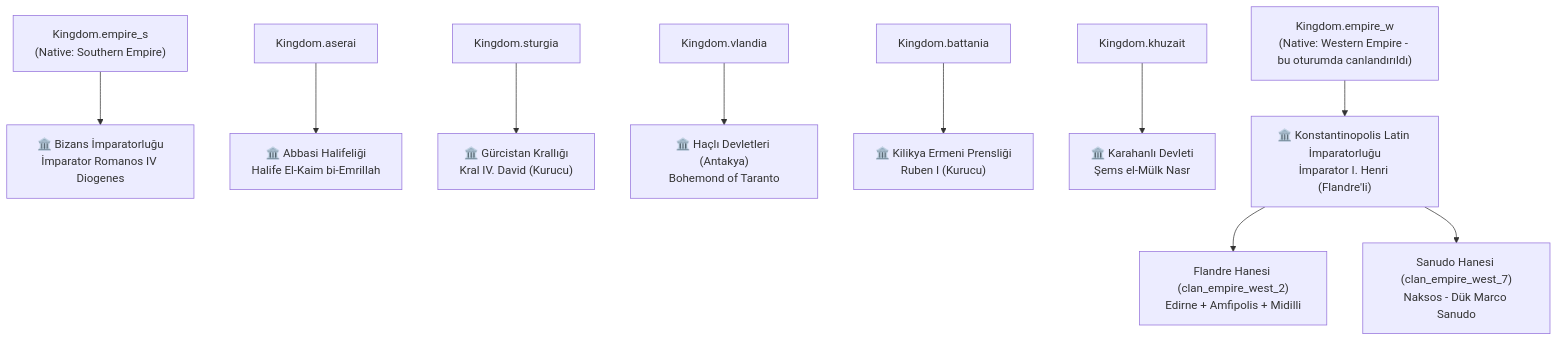
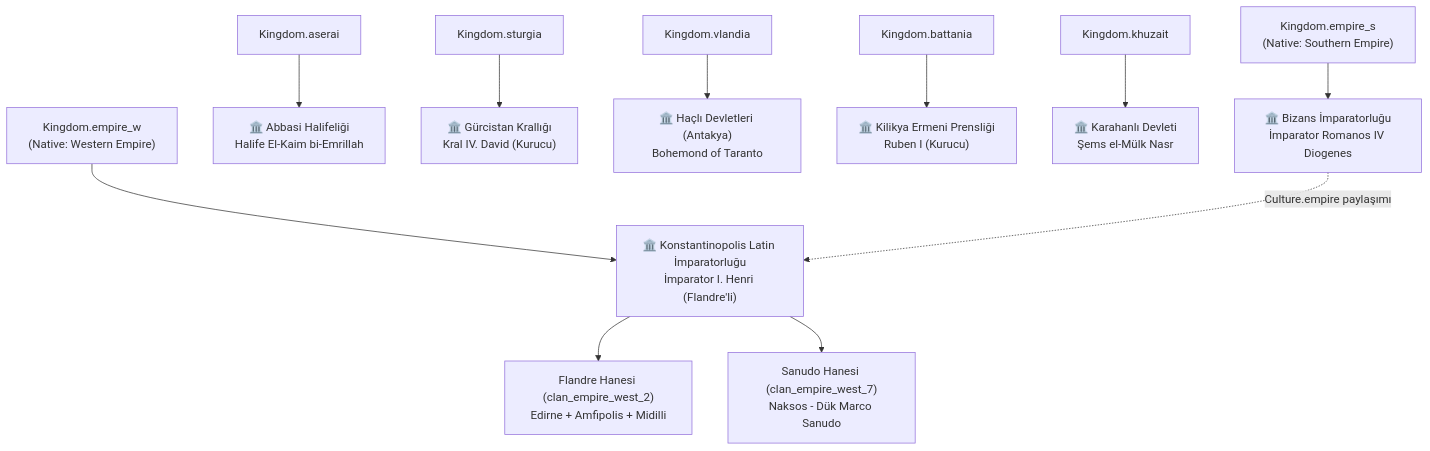
Before and after one commit to keremtrgl/OttomanJanissariesAndTurkicHeroes: the eighth of 10 diagrams in graphify-out/graph.md, drawn with Mermaid. The commit also changed other lines of this file and 15 other files, not shown here.

````diff
--- a/graphify-out/graph.md
+++ b/graphify-out/graph.md
@@ -172,13 +223,15 @@
 ```mermaid
 graph TD
     N1["Kingdom.empire_s<br/>(Native: Southern Empire)"] --> B1["🏛️ Bizans İmparatorluğu<br/>İmparator Romanos IV Diogenes"]
     N2["Kingdom.aserai"] --> B2["🏛️ Abbasi Halifeliği<br/>Halife El-Kaim bi-Emrillah"]
     N3["Kingdom.sturgia"] --> B3["🏛️ Gürcistan Krallığı<br/>Kral IV. David (Kurucu)"]
     N4["Kingdom.vlandia"] --> B4["🏛️ Haçlı Devletleri (Antakya)<br/>Bohemond of Taranto"]
     N5["Kingdom.battania"] --> B5["🏛️ Kilikya Ermeni Prensliği<br/>Ruben I (Kurucu)"]
     N6["Kingdom.khuzait"] --> B6["🏛️ Karahanlı Devleti<br/>Şems el-Mülk Nasr"]
-    N7["Kingdom.empire_w<br/>(Native: Western Empire - bu oturumda canlandırıldı)"] --> B7["🏛️ Konstantinopolis Latin İmparatorluğu<br/>İmparator I. Henri (Flandre'li)"]
+    N7["Kingdom.empire_w<br/>(Native: Western Empire)"] --> B7["🏛️ Konstantinopolis Latin İmparatorluğu<br/>İmparator I. Henri (Flandre'li)"]
 
     B7 --> LC1["Flandre Hanesi (clan_empire_west_2)<br/>Edirne + Amfipolis + Midilli"]
     B7 --> LC2["Sanudo Hanesi (clan_empire_west_7)<br/>Naksos - Dük Marco Sanudo"]
+
+    B1 -.->|Culture.empire paylaşımı| B7
 ```
````
